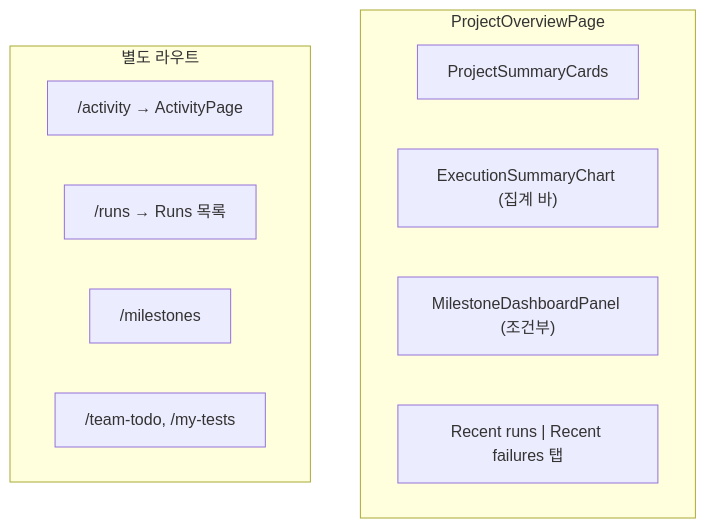
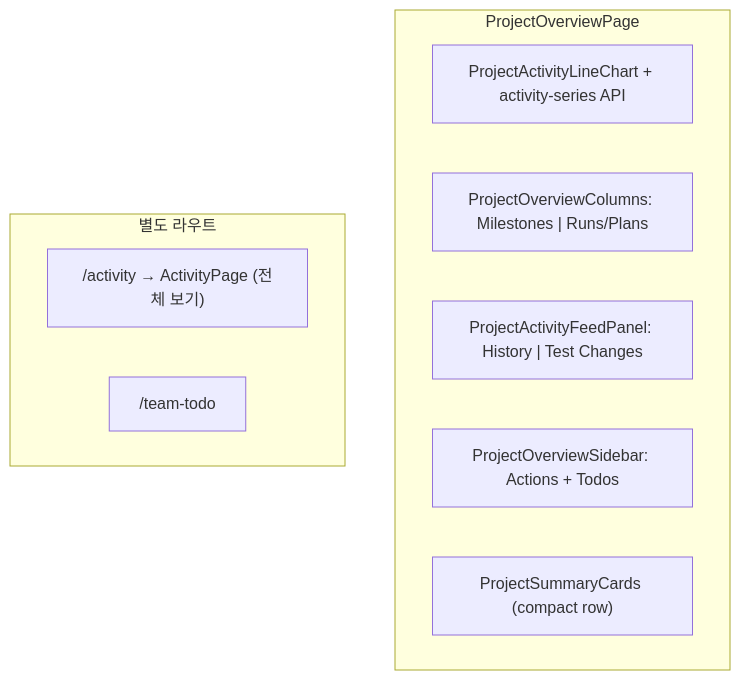
One commit to mrt1847-test/testrail-clone changed the second of 2 diagrams in docs/references/testrail/PROJECT_OVERVIEW_VIEW_PARITY.md. Above: the diagram before and after it, drawn with Mermaid. The commit also changed other lines of this file and 143 other files, not shown here.

````diff
--- a/docs/references/testrail/PROJECT_OVERVIEW_VIEW_PARITY.md
+++ b/docs/references/testrail/PROJECT_OVERVIEW_VIEW_PARITY.md
@@ -77,15 +77,14 @@
 ```mermaid
 flowchart TB
   subgraph clone["ProjectOverviewPage"]
-    CARDS["ProjectSummaryCards"]
-    CHART["ExecutionSummaryChart (집계 바)"]
-    MS["MilestoneDashboardPanel (조건부)"]
-    TAB["Recent runs | Recent failures 탭"]
+    CHART["ProjectActivityLineChart + activity-series API"]
+    COLS["ProjectOverviewColumns: Milestones | Runs/Plans"]
+    FEED["ProjectActivityFeedPanel: History | Test Changes"]
+    SIDE["ProjectOverviewSidebar: Actions + Todos"]
+    STATS["ProjectSummaryCards (compact row)"]
   end
   subgraph elsewhere["별도 라우트"]
-    ACT["/activity → ActivityPage"]
-    RUNS["/runs → Runs 목록"]
-    MS2["/milestones"]
-    TODO["/team-todo, /my-tests"]
+    ACT["/activity → ActivityPage (전체 보기)"]
+    TODO["/team-todo"]
   end
 ```
````
